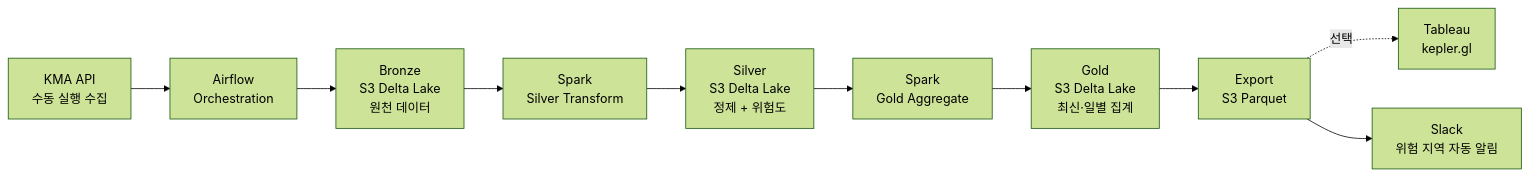
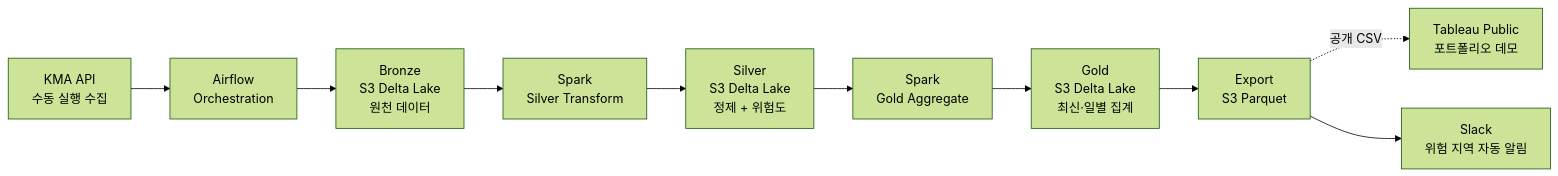
Before and after one commit to HongJunseong/weather-risk-assessment: the diagram in README.md, drawn with Mermaid (forest theme). The commit also changed other lines of this file and 12 other files, not shown here.

Commit message:
feat(tableau): Public 포트폴리오 데모 추가

````diff
--- a/README.md
+++ b/README.md
@@ -76,12 +76,12 @@
 ```mermaid
 flowchart LR
   A["KMA API<br>수동 실행 수집"] --> B["Airflow<br>Orchestration"]
   B --> C["Bronze<br>S3 Delta Lake<br>원천 데이터"]
   C --> D["Spark<br>Silver Transform"]
   D --> E["Silver<br>S3 Delta Lake<br>정제 + 위험도"]
   E --> F["Spark<br>Gold Aggregate"]
   F --> G["Gold<br>S3 Delta Lake<br>최신·일별 집계"]
   G --> H["Export<br>S3 Parquet"]
-  H -.->|선택| V["Tableau<br>kepler.gl"]
+  H -.->|공개 CSV| V["Tableau Public<br>포트폴리오 데모"]
   H --> S["Slack<br>위험 지역 자동 알림"]
 ```
````
